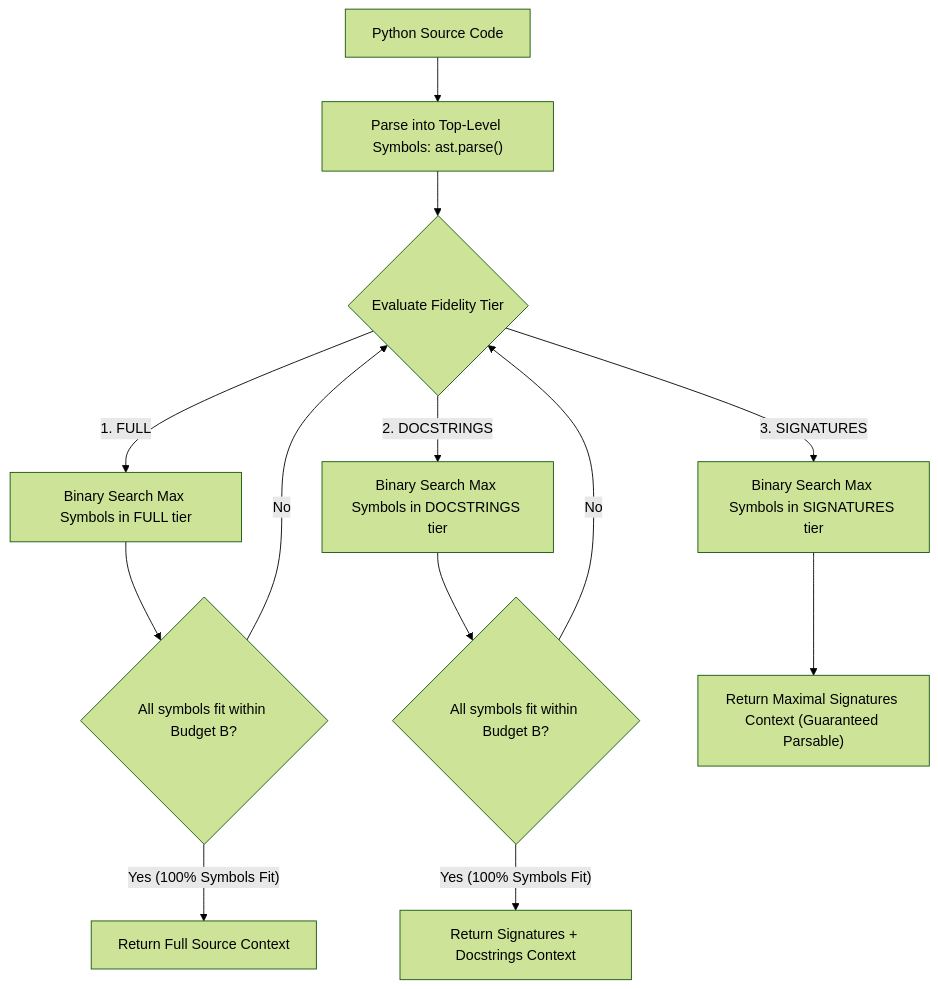
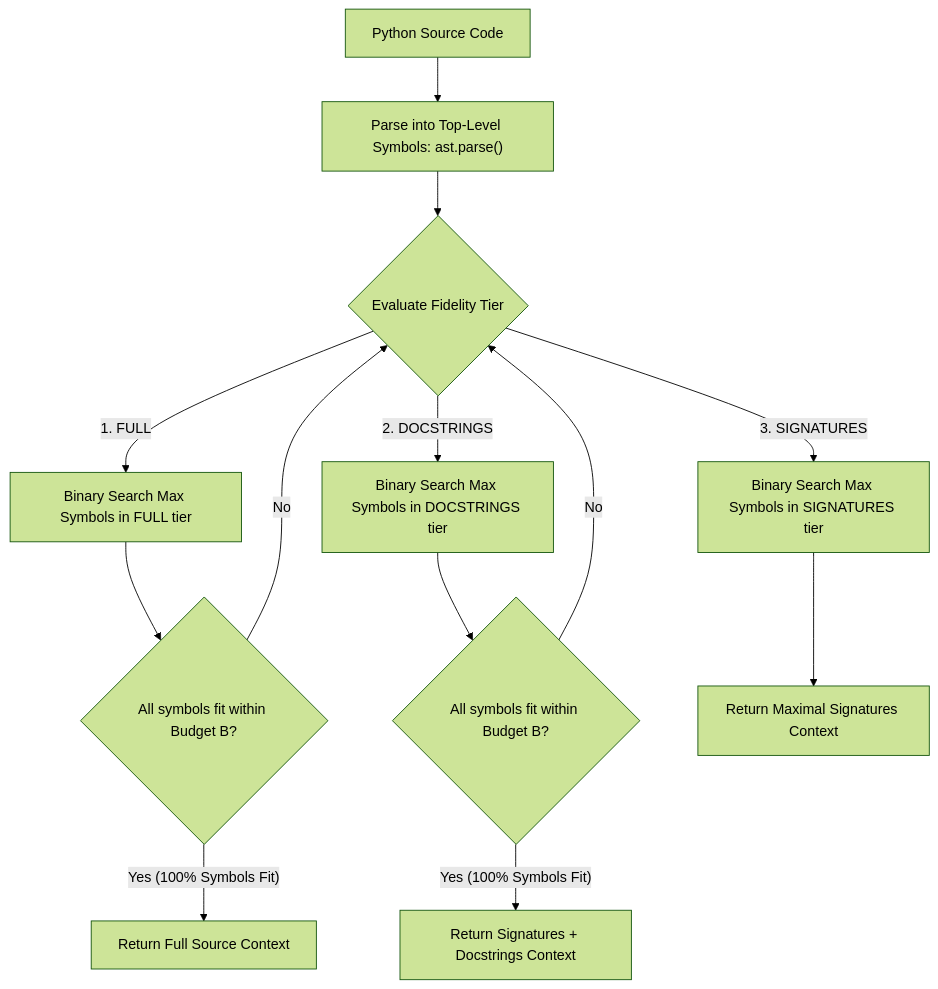
Before and after one commit to dan-petty/vibes: the diagram in examples/binary-search-context-packer/README.md, drawn with Mermaid (forest theme). The commit also changed other lines of this file and 248 other files, not shown here.

````diff
--- a/examples/binary-search-context-packer/README.md
+++ b/examples/binary-search-context-packer/README.md
@@ -21,18 +23,18 @@
 ```mermaid
 flowchart TD
     Source["Python Source Code"] --> Parse["Parse into Top-Level Symbols: ast.parse()"]
     Parse --> CheckTier{"Evaluate Fidelity Tier"}
     CheckTier -->|"1. FULL"| BinarySearch1["Binary Search Max Symbols in FULL tier"]
     CheckTier -->|"2. DOCSTRINGS"| BinarySearch2["Binary Search Max Symbols in DOCSTRINGS tier"]
     CheckTier -->|"3. SIGNATURES"| BinarySearch3["Binary Search Max Symbols in SIGNATURES tier"]
 
     BinarySearch1 --> CountCheck1{"All symbols fit within Budget B?"}
     CountCheck1 -->|"Yes (100% Symbols Fit)"| EmitFull["Return Full Source Context"]
     CountCheck1 -->|No| CheckTier
 
     BinarySearch2 --> CountCheck2{"All symbols fit within Budget B?"}
     CountCheck2 -->|"Yes (100% Symbols Fit)"| EmitDocstrings["Return Signatures + Docstrings Context"]
     CountCheck2 -->|No| CheckTier
 
-    BinarySearch3 --> EmitSignatures["Return Maximal Signatures Context (Guaranteed Parsable)"]
+    BinarySearch3 --> EmitSignatures["Return Maximal Signatures Context"]
 ```
````
